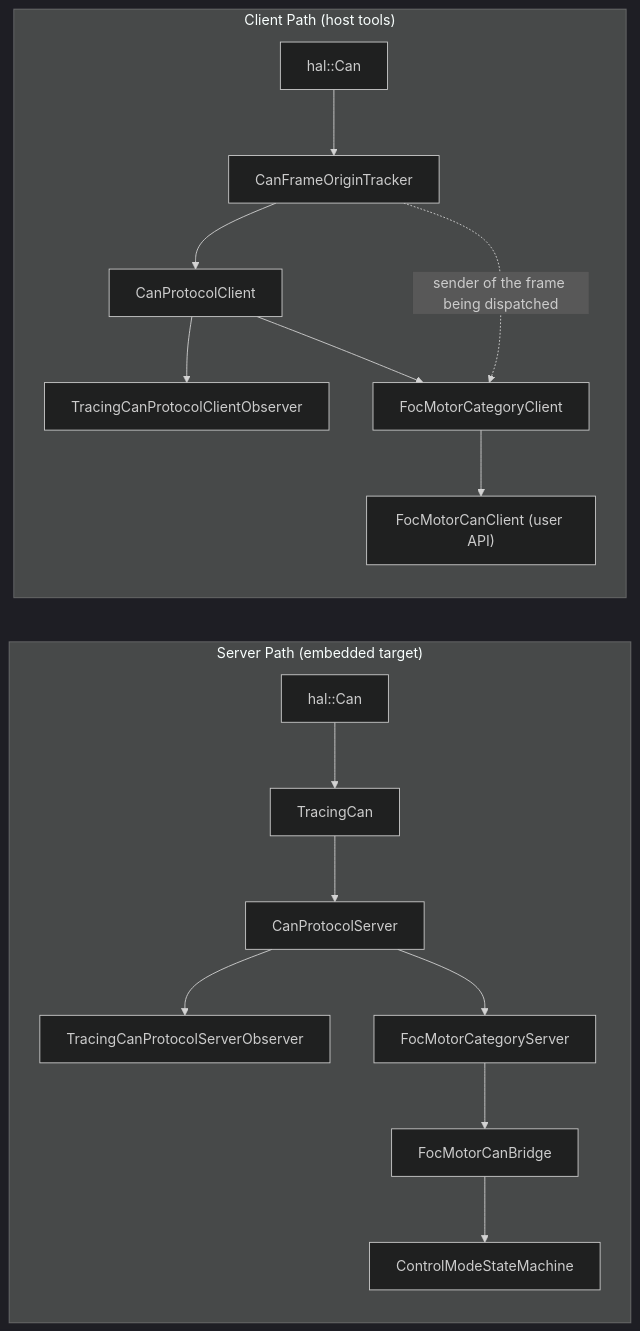
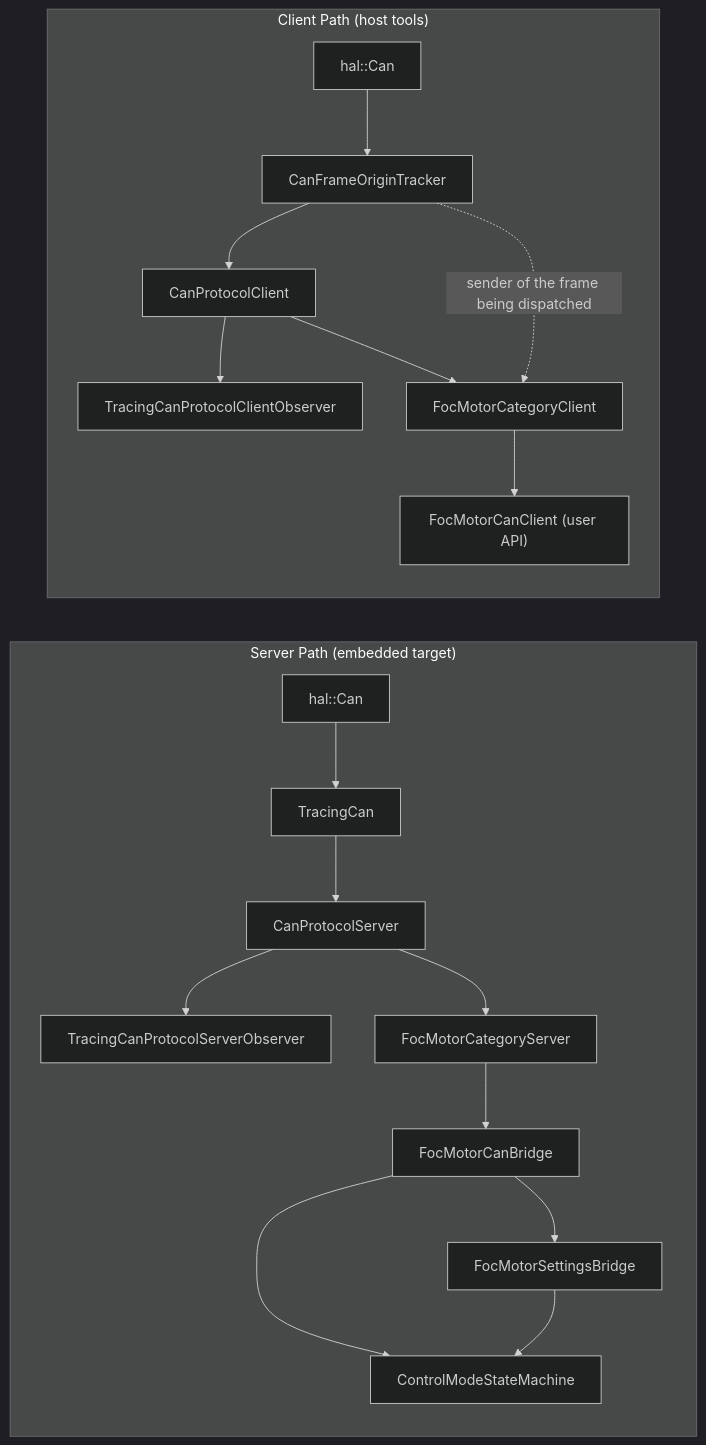
Before and after one commit to embedded-pro/e-foc: the sixth of 6 diagrams in documentation/design/service-can.md, drawn with Mermaid (dark theme). The commit also changed other lines of this file and 130 other files, not shown here.

First line of the commit message:
feat(can): choose controllers per mode and set every setting and motor parameter over CAN (contract 2.1) (#429)

````diff
--- a/documentation/design/service-can.md
+++ b/documentation/design/service-can.md
@@ -334,20 +497,22 @@
 ```mermaid
 graph LR
     subgraph "Server Path (embedded target)"
         HAL_CAN_S["hal::Can"] --> TC["TracingCan"]
         TC --> CPS["CanProtocolServer"]
         CPS --> CPSO["TracingCanProtocolServerObserver"]
         CPS --> MCS["FocMotorCategoryServer"]
         MCS --> BRG["FocMotorCanBridge"]
         BRG --> SM["ControlModeStateMachine"]
+        BRG --> SET["FocMotorSettingsBridge"]
+        SET --> SM
     end
 
     subgraph "Client Path (host tools)"
         HAL_CAN_C["hal::Can"] --> FOT["CanFrameOriginTracker"]
         FOT --> CPC["CanProtocolClient"]
         CPC --> CPCO["TracingCanProtocolClientObserver"]
         CPC --> MCC["FocMotorCategoryClient"]
         FOT -. "sender of the frame being dispatched" .-> MCC
         MCC --> FMC["FocMotorCanClient (user API)"]
     end
 ```
````
